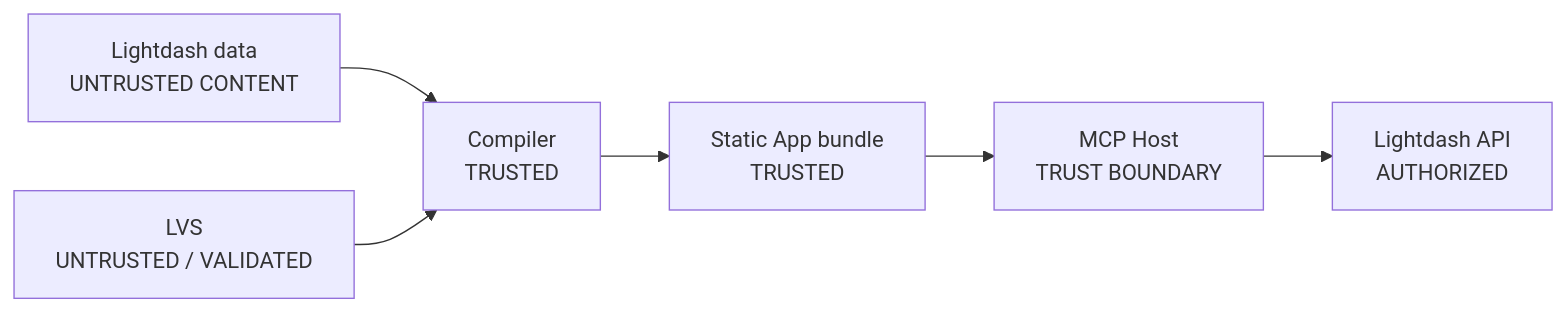
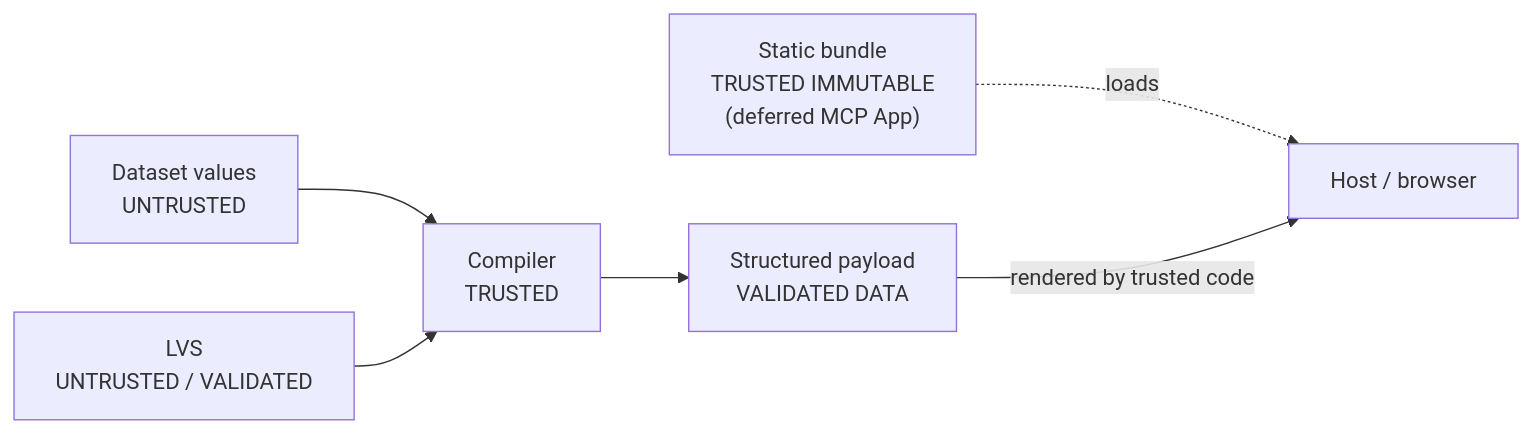
One commit to yu-iskw/lightdash-tools changed the seventh of 7 diagrams in docs/rfc-visualization-platform.md. Above: the diagram before and after it, drawn with Mermaid. The commit also changed other lines of this file, not shown here.

````diff
--- a/docs/rfc-visualization-platform.md
+++ b/docs/rfc-visualization-platform.md
@@ -1155,15 +771,15 @@
 ```mermaid
 flowchart LR
-    Data["Lightdash data\nUNTRUSTED CONTENT"]
+    Data["Dataset values\nUNTRUSTED"]
     Spec["LVS\nUNTRUSTED / VALIDATED"]
     Compiler["Compiler\nTRUSTED"]
-    Bundle["Static App bundle\nTRUSTED"]
-    Host["MCP Host\nTRUST BOUNDARY"]
-    API["Lightdash API\nAUTHORIZED"]
+    Payload["Structured payload\nVALIDATED DATA"]
+    Bundle["Static bundle\nTRUSTED IMMUTABLE\n(deferred MCP App)"]
+    Host["Host / browser"]
 
     Data --> Compiler
     Spec --> Compiler
-    Compiler --> Bundle
-    Bundle --> Host
-    Host --> API
+    Compiler --> Payload
+    Bundle -.->|"loads"| Host
+    Payload -->|"rendered by trusted code"| Host
 ```
````
